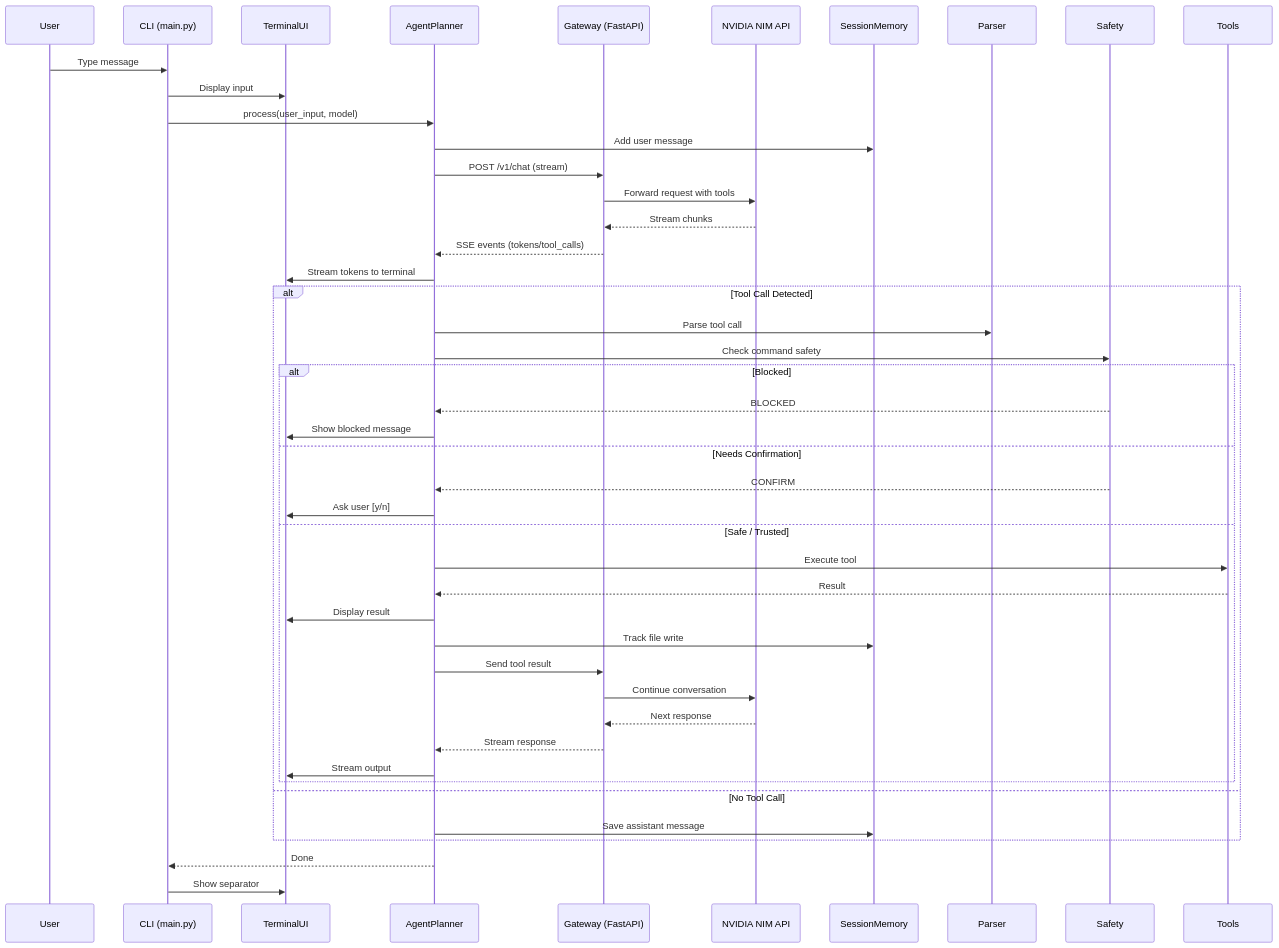
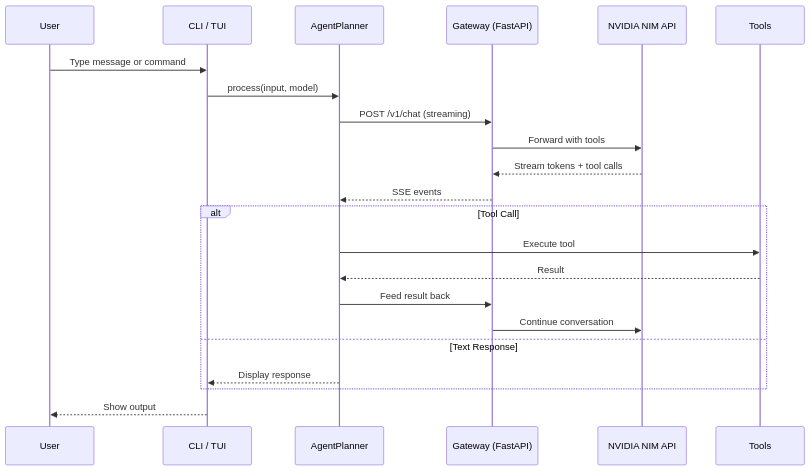
One commit to krsatyam36/xyz changed the third of 8 diagrams in README.md. Above: the diagram before and after it, drawn with Mermaid. The commit also changed other lines of this file and 44 other files, not shown here.

````diff
--- a/README.md
+++ b/README.md
@@ -114,47 +170,28 @@
 ```mermaid
 sequenceDiagram
     participant U as User
-    participant CLI as CLI (main.py)
-    participant UI as TerminalUI
+    participant CLI as CLI / TUI
     participant P as AgentPlanner
     participant G as Gateway (FastAPI)
     participant NIM as NVIDIA NIM API
-    participant M as SessionMemory
+    participant T as Tools
 
-    U->>CLI: Type message
-    CLI->>UI: Display input
-    CLI->>P: process(user_input, model)
-    P->>M: Add user message
-    P->>G: POST /v1/chat (stream)
-    G->>NIM: Forward request with tools
-    NIM-->>G: Stream chunks
-    G-->>P: SSE events (tokens/tool_calls)
-    P->>UI: Stream tokens to terminal
+    U->>CLI: Type message or command
+    CLI->>P: process(input, model)
 
-    alt Tool Call Detected
-        P->>Parser: Parse tool call
-        P->>Safety: Check command safety
-        alt Blocked
-            Safety-->>P: BLOCKED
-            P->>UI: Show blocked message
-        else Needs Confirmation
-            Safety-->>P: CONFIRM
-            P->>UI: Ask user [y/n]
-        else Safe / Trusted
-            P->>Tools: Execute tool
-            Tools-->>P: Result
-            P->>UI: Display result
-            P->>M: Track file write
-            P->>G: Send tool result
-            G->>NIM: Continue conversation
-            NIM-->>G: Next response
-            G-->>P: Stream response
-            P->>UI: Stream output
-        end
-    else No Tool Call
-        P->>M: Save assistant message
+    P->>G: POST /v1/chat (streaming)
+    G->>NIM: Forward with tools
+    NIM-->>G: Stream tokens + tool calls
+    G-->>P: SSE events
+
+    alt Tool Call
+        P->>T: Execute tool
+        T-->>P: Result
+        P->>G: Feed result back
+        G->>NIM: Continue conversation
+    else Text Response
+        P-->>CLI: Display response
     end
 
-    P-->>CLI: Done
-    CLI->>UI: Show separator
+    CLI-->>U: Show output
 ```
````
